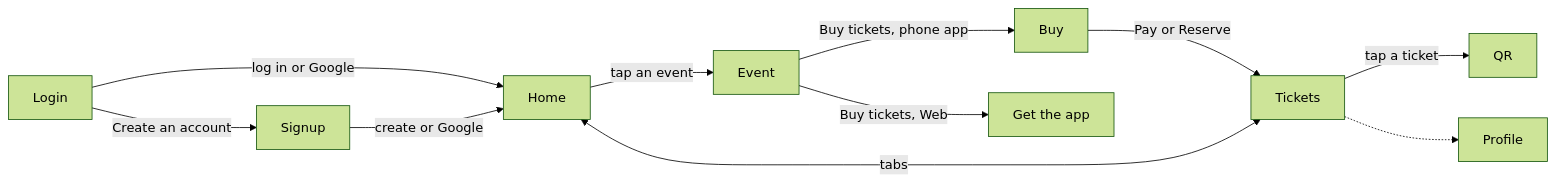
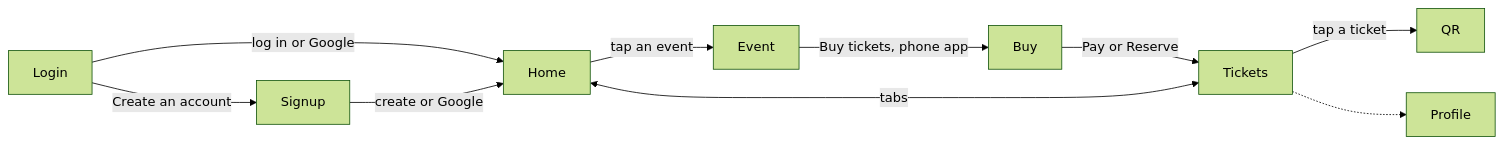
Before and after one commit to joaocvduarte/homeout: the diagram in aidd_docs/memory/navigation.md, drawn with Mermaid (forest theme). The commit also changed other lines of this file and 7 other files, not shown here.

````diff
--- a/aidd_docs/memory/navigation.md
+++ b/aidd_docs/memory/navigation.md
@@ -15,13 +15,12 @@
 ```mermaid
 flowchart LR
   Login -->|Create an account| Signup
   Login -->|log in or Google| Home
   Signup -->|create or Google| Home
   Home -->|tap an event| Event
   Event -->|Buy tickets, phone app| Buy
-  Event -->|Buy tickets, Web| GetApp[Get the app]
   Buy -->|Pay or Reserve| Tickets
   Tickets -->|tap a ticket| QR
   Home <-->|tabs| Tickets
   Tickets -.-> Profile
 ```
````
